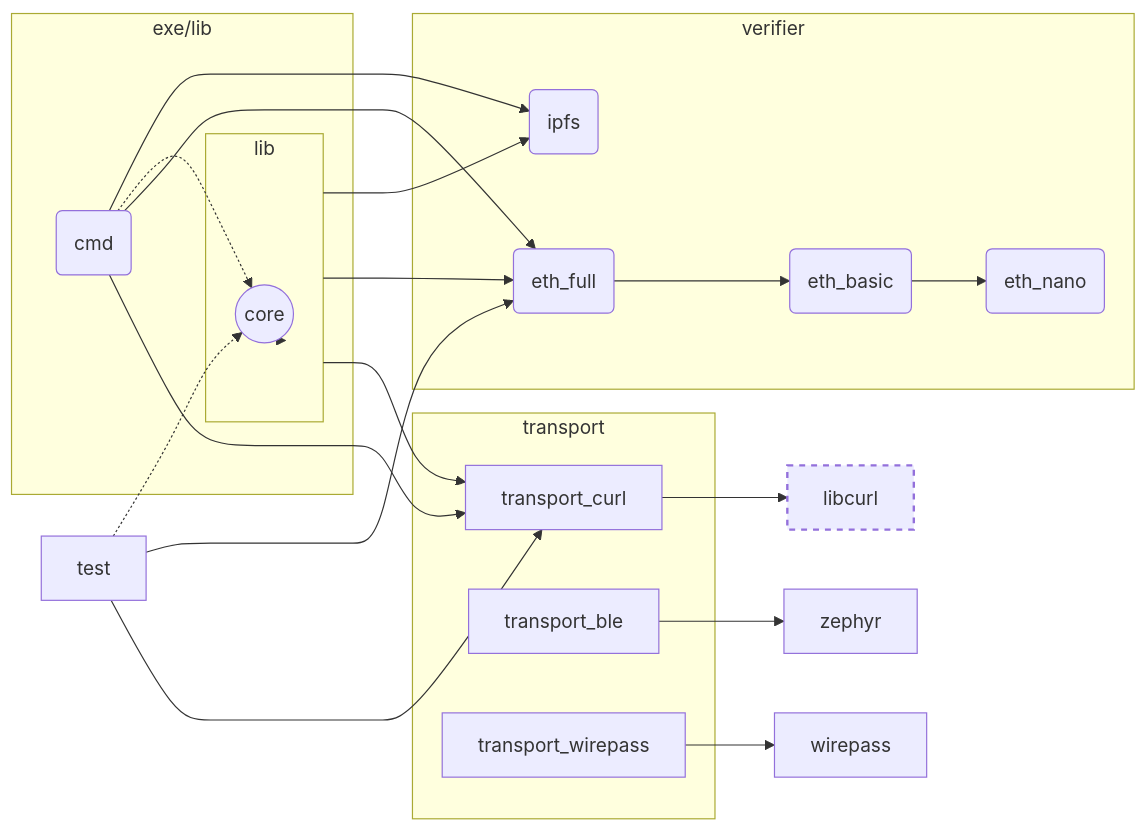
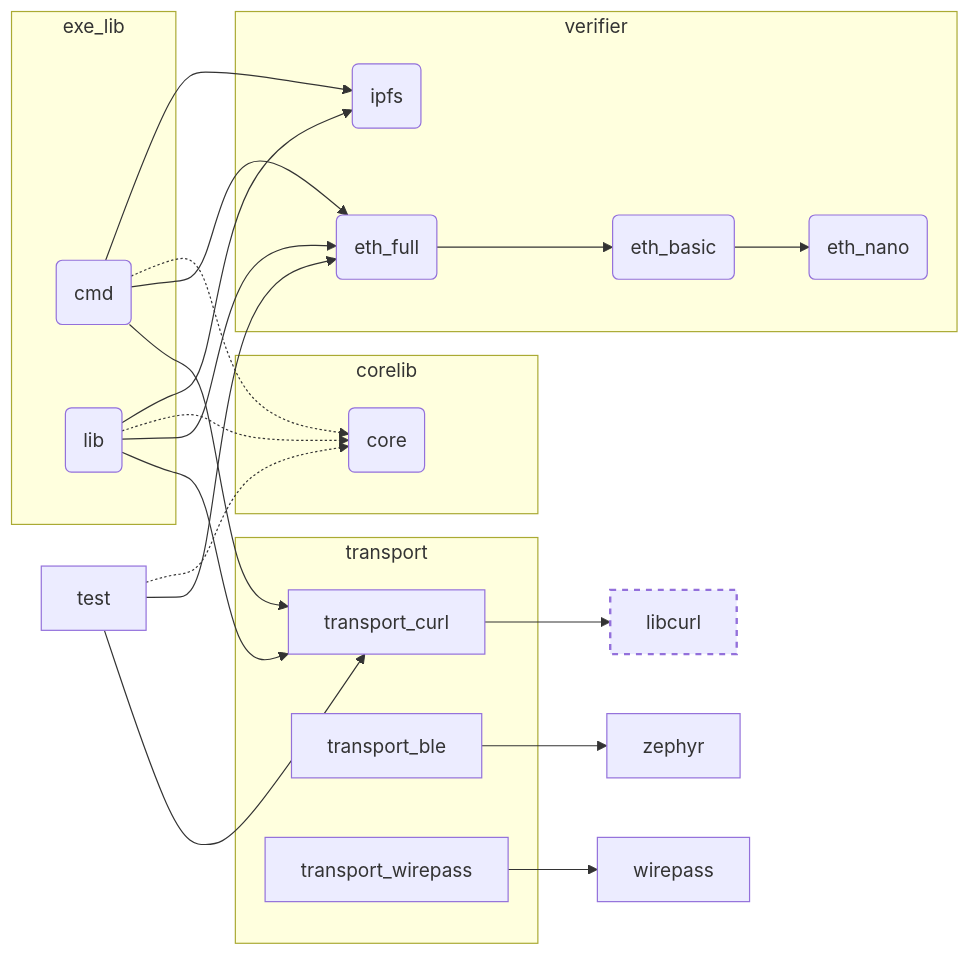
The diagram in README.md (blockchainsllc/in3), drawn with Mermaid before and after one commit.

Commit message:
Update mermaid graph to fix render issue

````diff
--- a/README.md
+++ b/README.md
@@ -5,55 +5,56 @@
 ```mermaid
 graph LR
 
-subgraph lib
-   core((core))
+subgraph corelib
+   core(core)
  end
-subgraph exe/lib
+subgraph exe_lib
      cmd(cmd)
      lib(lib)
  end
 
 subgraph verifier
      eth_full(eth_full)
      eth_basic(eth_basic)
      eth_nano(eth_nano)
      ipfs(ipfs)
  end
 
 subgraph transport
    transport_curl
    transport_ble
    transport_wirepass
  end
  
 test --> transport_curl
 test --> eth_full
 test -.-> core
 
 
 
 transport_curl --> libcurl
 
 transport_ble --> zephyr
 
 transport_wirepass --> wirepass
 
 
 cmd --> transport_curl
 cmd --> eth_full
 cmd -.-> core
 cmd --> ipfs
 
 lib --> transport_curl
 lib --> eth_full
 lib -.-> core
 lib --> ipfs
 
 
 eth_basic --> eth_nano
 
 eth_full --> eth_basic
 
 style libcurl stroke-width:2px,stroke-dasharray: 5, 5
 
+
 ```
````
